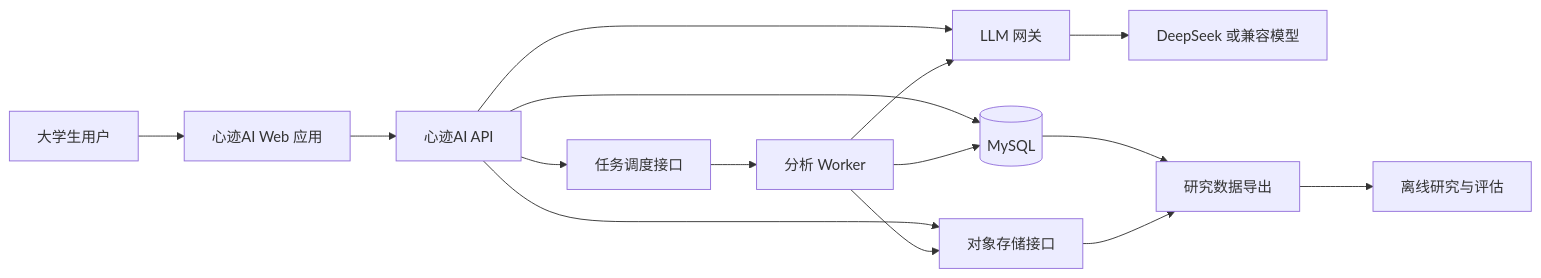
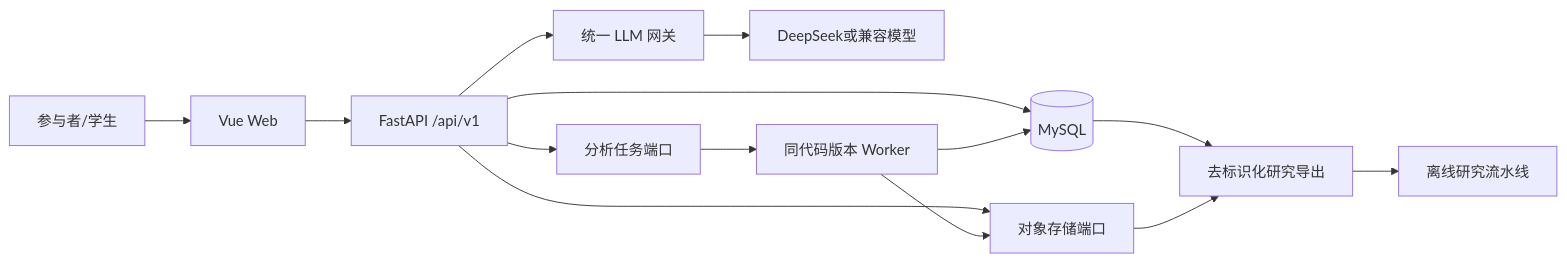
One commit to chanjumoyi/mindtrace-campus changed the diagram in docs/02-architecture/README.md. Above: the diagram before and after it, drawn with Mermaid. The commit also changed other lines of this file and 43 other files, not shown here.

Commit message:
refactor: remove legacy research assets and reset architecture

````diff
--- a/docs/02-architecture/README.md
+++ b/docs/02-architecture/README.md
@@ -55,17 +62,16 @@
 ```mermaid
 flowchart LR
-    USER[大学生用户] --> WEB[心迹AI Web 应用]
-    WEB --> API[心迹AI API]
+    USER[参与者/学生] --> WEB[Vue Web]
+    WEB --> API[FastAPI /api/v1]
     API --> DB[(MySQL)]
-    API --> STORE[对象存储接口]
-    API --> LLM[LLM 网关]
-    LLM --> PROVIDER[DeepSeek 或兼容模型]
-    API --> TASKS[任务调度接口]
-    TASKS --> WORKER[分析 Worker]
+    API --> STORE[对象存储端口]
+    API --> LLM[统一 LLM 网关]
+    LLM --> PROVIDER[DeepSeek或兼容模型]
+    API --> JOB[分析任务端口]
+    JOB --> WORKER[同代码版本 Worker]
     WORKER --> DB
     WORKER --> STORE
-    WORKER --> LLM
-    EXPORT[研究数据导出] --> RESEARCH[离线研究与评估]
-    DB --> EXPORT
+    DB --> EXPORT[去标识化研究导出]
     STORE --> EXPORT
+    EXPORT --> RESEARCH[离线研究流水线]
 ```
````
